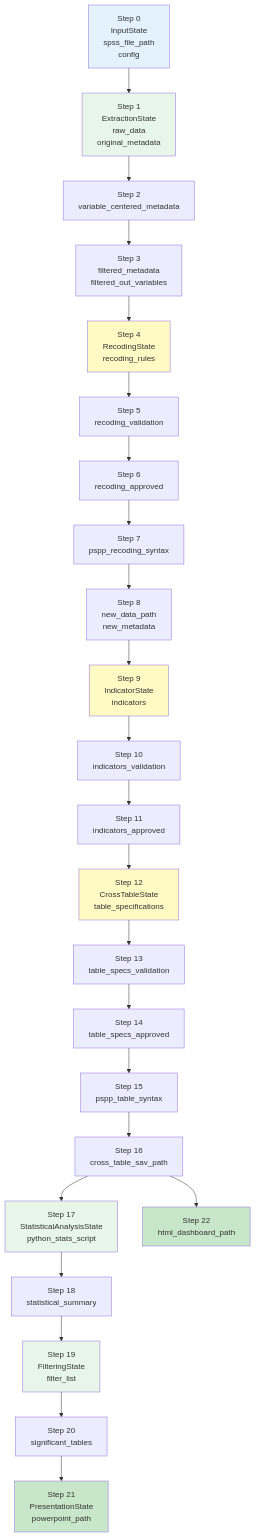
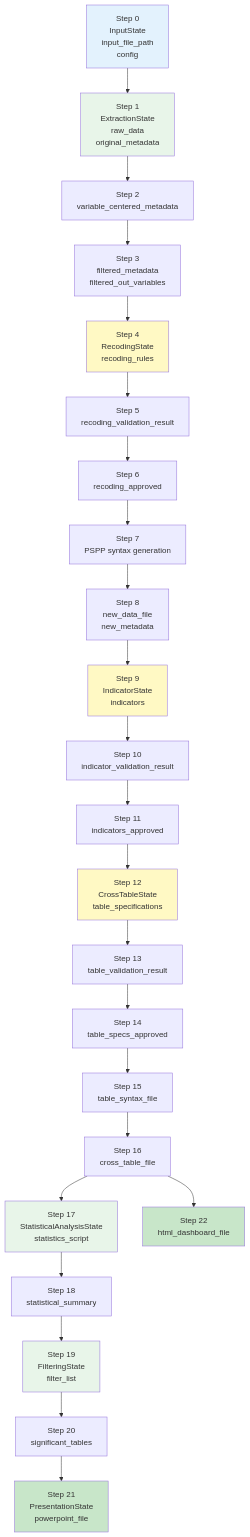
One commit to abcxyzx0099/datachat changed the third of 3 diagrams in docs/application-design/data-schema.md. Above: the diagram before and after it, drawn with Mermaid. The commit also changed other lines of this file and 3 other files, not shown here.

````diff
--- a/docs/application-design/data-schema.md
+++ b/docs/application-design/data-schema.md
@@ -580,47 +544,47 @@
 ```mermaid
 graph TD
-    STEP0["Step 0<br/>InputState<br/>spss_file_path<br/>config"]
+    STEP0["Step 0<br/>InputState<br/>input_file_path<br/>config"]
     STEP1["Step 1<br/>ExtractionState<br/>raw_data<br/>original_metadata"]
     STEP2["Step 2<br/>variable_centered_metadata"]
     STEP3["Step 3<br/>filtered_metadata<br/>filtered_out_variables"]
     STEP4["Step 4<br/>RecodingState<br/>recoding_rules"]
-    STEP5["Step 5<br/>recoding_validation"]
+    STEP5["Step 5<br/>recoding_validation_result"]
     STEP6["Step 6<br/>recoding_approved"]
-    STEP7["Step 7<br/>pspp_recoding_syntax"]
-    STEP8["Step 8<br/>new_data_path<br/>new_metadata"]
+    STEP7["Step 7<br/>PSPP syntax generation"]
+    STEP8["Step 8<br/>new_data_file<br/>new_metadata"]
     STEP9["Step 9<br/>IndicatorState<br/>indicators"]
-    STEP10["Step 10<br/>indicators_validation"]
+    STEP10["Step 10<br/>indicator_validation_result"]
     STEP11["Step 11<br/>indicators_approved"]
     STEP12["Step 12<br/>CrossTableState<br/>table_specifications"]
-    STEP13["Step 13<br/>table_specs_validation"]
+    STEP13["Step 13<br/>table_validation_result"]
     STEP14["Step 14<br/>table_specs_approved"]
-    STEP15["Step 15<br/>pspp_table_syntax"]
-    STEP16["Step 16<br/>cross_table_sav_path"]
-    STEP17["Step 17<br/>StatisticalAnalysisState<br/>python_stats_script"]
+    STEP15["Step 15<br/>table_syntax_file"]
+    STEP16["Step 16<br/>cross_table_file"]
+    STEP17["Step 17<br/>StatisticalAnalysisState<br/>statistics_script"]
     STEP18["Step 18<br/>statistical_summary"]
     STEP19["Step 19<br/>FilteringState<br/>filter_list"]
     STEP20["Step 20<br/>significant_tables"]
-    STEP21["Step 21<br/>PresentationState<br/>powerpoint_path"]
-    STEP22["Step 22<br/>html_dashboard_path"]
+    STEP21["Step 21<br/>PresentationState<br/>powerpoint_file"]
+    STEP22["Step 22<br/>html_dashboard_file"]
 
     STEP0 --> STEP1 --> STEP2 --> STEP3
     STEP3 --> STEP4 --> STEP5 --> STEP6
     STEP6 --> STEP7 --> STEP8
     STEP8 --> STEP9 --> STEP10 --> STEP11
     STEP11 --> STEP12 --> STEP13 --> STEP14
     STEP14 --> STEP15 --> STEP16
     STEP16 --> STEP17 --> STEP18
     STEP18 --> STEP19 --> STEP20
     STEP20 --> STEP21
     STEP16 --> STEP22
 
     style STEP0 fill:#e3f2fd
     style STEP1 fill:#e8f5e9
     style STEP4 fill:#fff9c4
     style STEP9 fill:#fff9c4
     style STEP12 fill:#fff9c4
     style STEP17 fill:#e8f5e9
     style STEP19 fill:#e8f5e9
     style STEP21 fill:#c8e6c9
     style STEP22 fill:#c8e6c9
 ```
````
